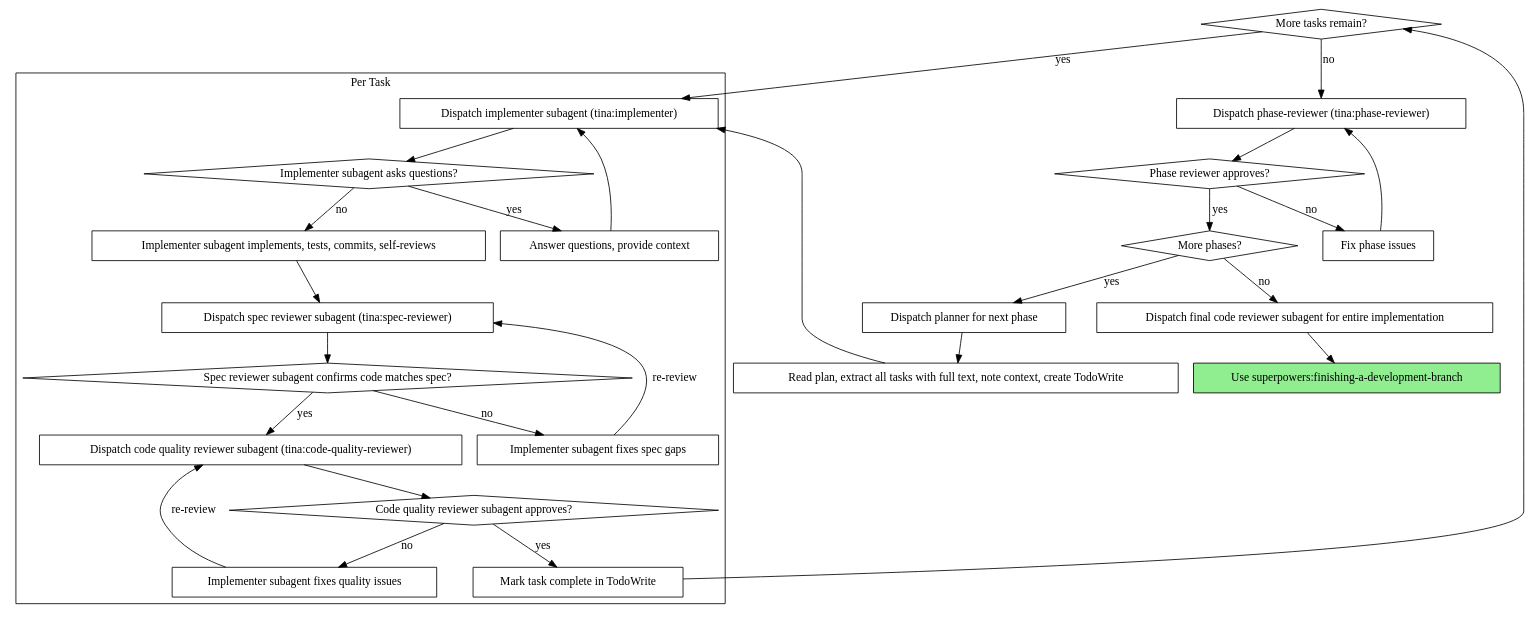
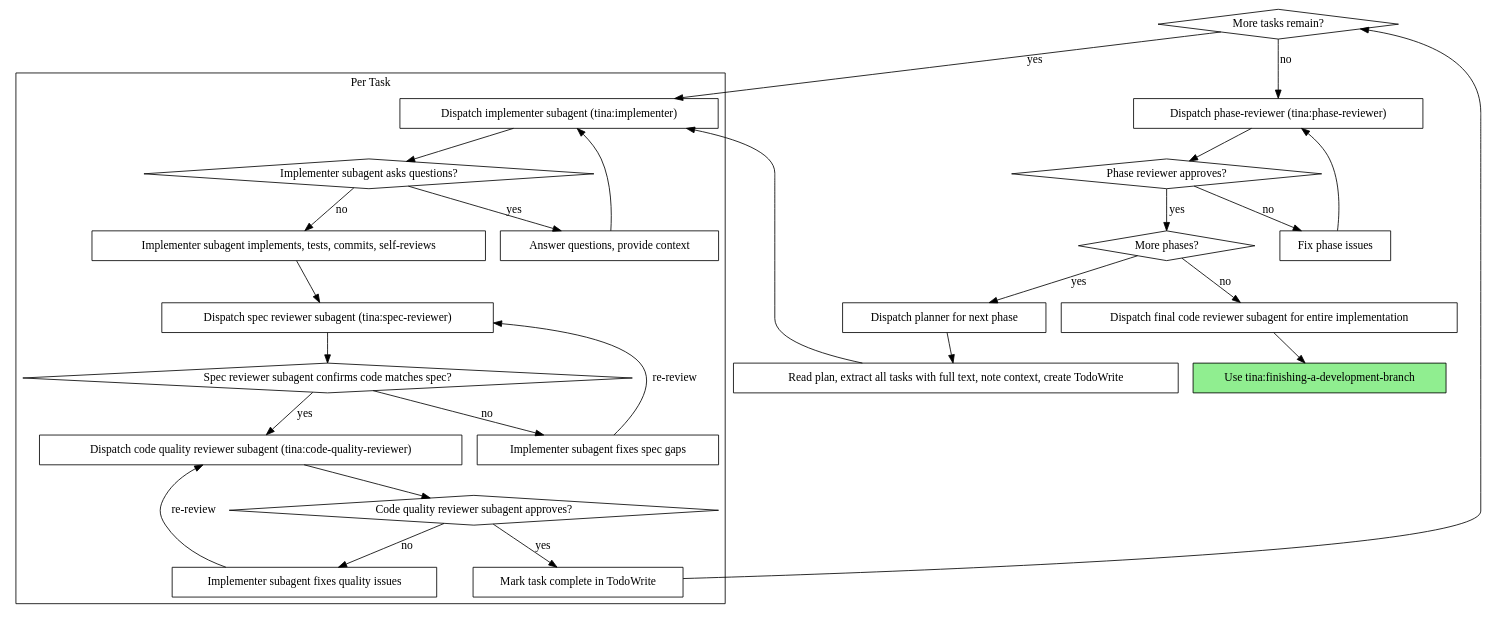
The first of 2 diagrams in skills/executing-plans/SKILL.md (joshuabates/tina), drawn with Graphviz before and after one commit. The commit also changed other lines of this file and 31 other files, not shown here.

First line of the commit message:
refactor: remove legacy commands/, update superpowers: to tina:

````diff
--- a/skills/executing-plans/SKILL.md
+++ b/skills/executing-plans/SKILL.md
@@ -20,56 +20,56 @@
 ```dot
 digraph process {
     rankdir=TB;
 
     subgraph cluster_per_task {
         label="Per Task";
         "Dispatch implementer subagent (tina:implementer)" [shape=box];
         "Implementer subagent asks questions?" [shape=diamond];
         "Answer questions, provide context" [shape=box];
         "Implementer subagent implements, tests, commits, self-reviews" [shape=box];
         "Dispatch spec reviewer subagent (tina:spec-reviewer)" [shape=box];
         "Spec reviewer subagent confirms code matches spec?" [shape=diamond];
         "Implementer subagent fixes spec gaps" [shape=box];
         "Dispatch code quality reviewer subagent (tina:code-quality-reviewer)" [shape=box];
         "Code quality reviewer subagent approves?" [shape=diamond];
         "Implementer subagent fixes quality issues" [shape=box];
         "Mark task complete in TodoWrite" [shape=box];
     }
 
     "Read plan, extract all tasks with full text, note context, create TodoWrite" [shape=box];
     "More tasks remain?" [shape=diamond];
     "Dispatch phase-reviewer (tina:phase-reviewer)" [shape=box];
     "Phase reviewer approves?" [shape=diamond];
     "Fix phase issues" [shape=box];
     "More phases?" [shape=diamond];
     "Dispatch planner for next phase" [shape=box];
     "Dispatch final code reviewer subagent for entire implementation" [shape=box];
-    "Use superpowers:finishing-a-development-branch" [shape=box style=filled fillcolor=lightgreen];
+    "Use tina:finishing-a-development-branch" [shape=box style=filled fillcolor=lightgreen];
 
     "Read plan, extract all tasks with full text, note context, create TodoWrite" -> "Dispatch implementer subagent (tina:implementer)";
     "Dispatch implementer subagent (tina:implementer)" -> "Implementer subagent asks questions?";
     "Implementer subagent asks questions?" -> "Answer questions, provide context" [label="yes"];
     "Answer questions, provide context" -> "Dispatch implementer subagent (tina:implementer)";
     "Implementer subagent asks questions?" -> "Implementer subagent implements, tests, commits, self-reviews" [label="no"];
     "Implementer subagent implements, tests, commits, self-reviews" -> "Dispatch spec reviewer subagent (tina:spec-reviewer)";
     "Dispatch spec reviewer subagent (tina:spec-reviewer)" -> "Spec reviewer subagent confirms code matches spec?";
     "Spec reviewer subagent confirms code matches spec?" -> "Implementer subagent fixes spec gaps" [label="no"];
     "Implementer subagent fixes spec gaps" -> "Dispatch spec reviewer subagent (tina:spec-reviewer)" [label="re-review"];
     "Spec reviewer subagent confirms code matches spec?" -> "Dispatch code quality reviewer subagent (tina:code-quality-reviewer)" [label="yes"];
     "Dispatch code quality reviewer subagent (tina:code-quality-reviewer)" -> "Code quality reviewer subagent approves?";
     "Code quality reviewer subagent approves?" -> "Implementer subagent fixes quality issues" [label="no"];
     "Implementer subagent fixes quality issues" -> "Dispatch code quality reviewer subagent (tina:code-quality-reviewer)" [label="re-review"];
     "Code quality reviewer subagent approves?" -> "Mark task complete in TodoWrite" [label="yes"];
     "Mark task complete in TodoWrite" -> "More tasks remain?";
     "More tasks remain?" -> "Dispatch implementer subagent (tina:implementer)" [label="yes"];
     "More tasks remain?" -> "Dispatch phase-reviewer (tina:phase-reviewer)" [label="no"];
     "Dispatch phase-reviewer (tina:phase-reviewer)" -> "Phase reviewer approves?";
     "Phase reviewer approves?" -> "Fix phase issues" [label="no"];
     "Fix phase issues" -> "Dispatch phase-reviewer (tina:phase-reviewer)";
     "Phase reviewer approves?" -> "More phases?" [label="yes"];
     "More phases?" -> "Dispatch planner for next phase" [label="yes"];
     "More phases?" -> "Dispatch final code reviewer subagent for entire implementation" [label="no"];
     "Dispatch planner for next phase" -> "Read plan, extract all tasks with full text, note context, create TodoWrite";
-    "Dispatch final code reviewer subagent for entire implementation" -> "Use superpowers:finishing-a-development-branch";
+    "Dispatch final code reviewer subagent for entire implementation" -> "Use tina:finishing-a-development-branch";
 }
 ```
````
